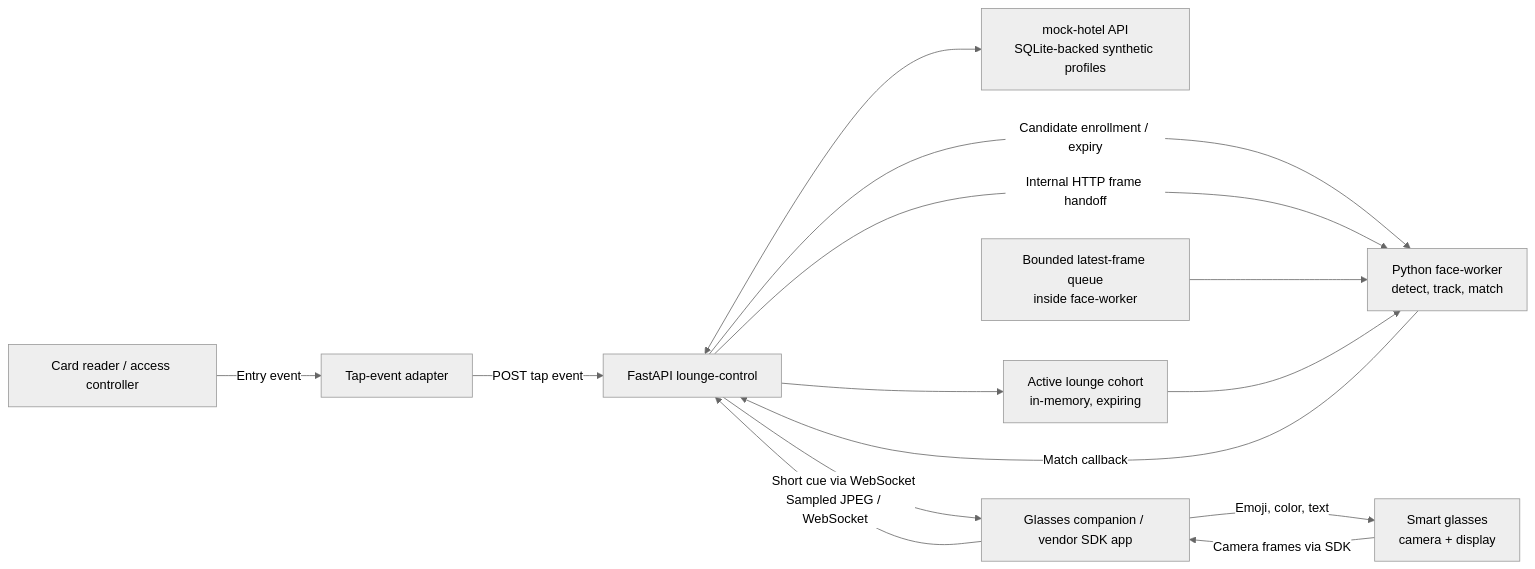
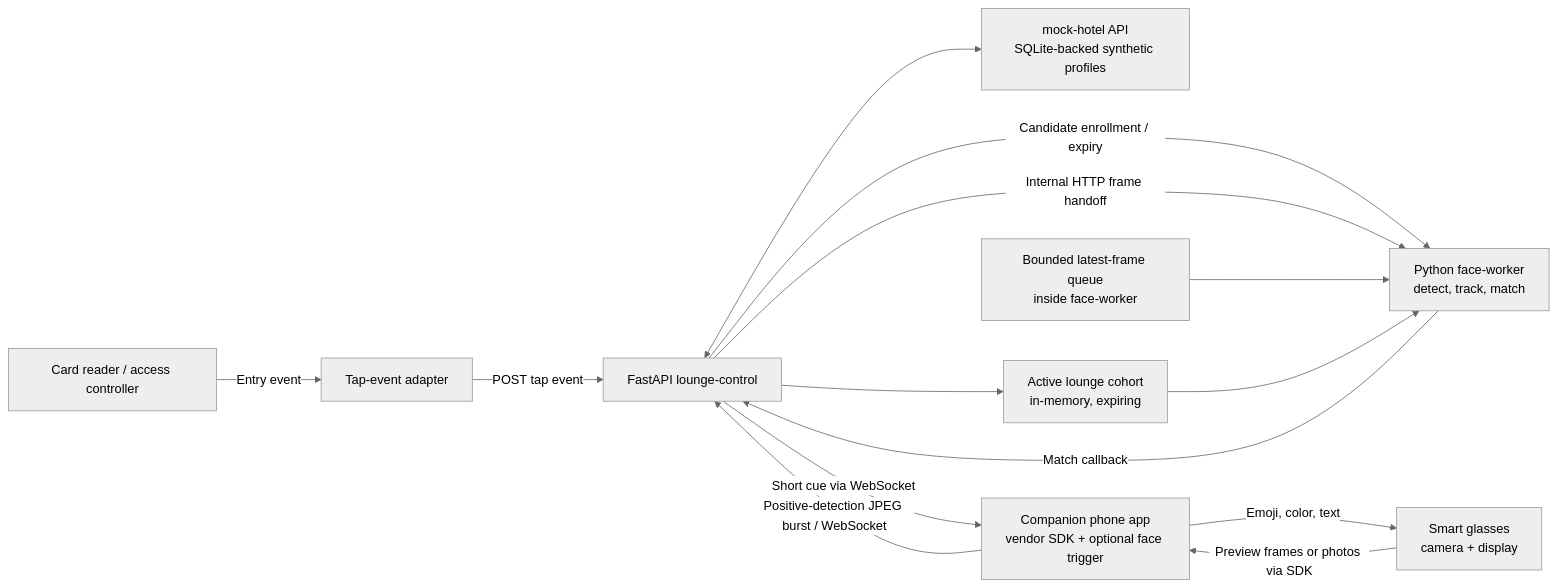
The diagram in docs/architecture/hotel-lounge-smart-glasses-poc.md (wongwh2002/CDE4301-Hotel-Hospitality), drawn with Mermaid (neutral theme) before and after one commit. The commit also changed other lines of this file and 24 other files, not shown here.

````diff
--- a/docs/architecture/hotel-lounge-smart-glasses-poc.md
+++ b/docs/architecture/hotel-lounge-smart-glasses-poc.md
@@ -27,26 +28,26 @@
 ```mermaid
 flowchart LR
     Reader[Card reader / access controller]
     Adapter[Tap-event adapter]
     Control[FastAPI lounge-control]
     GuestData[mock-hotel API<br/>SQLite-backed synthetic profiles]
     Cohort[Active lounge cohort<br/>in-memory, expiring]
     Vision[Python face-worker<br/>detect, track, match]
     Queue[Bounded latest-frame queue<br/>inside face-worker]
-    Bridge[Glasses companion / vendor SDK app]
+    Bridge[Companion phone app<br>vendor SDK + optional face trigger]
     Glasses[Smart glasses<br/>camera + display]
 
     Reader -->|Entry event| Adapter
     Adapter -->|POST tap event| Control
     Control <--> GuestData
     Control --> Cohort
     Control -->|Candidate enrollment / expiry| Vision
-    Glasses -->|Camera frames via SDK| Bridge
-    Bridge -->|Sampled JPEG / WebSocket| Control
+    Glasses -->|Preview frames or photos via SDK| Bridge
+    Bridge -->|Positive-detection JPEG burst / WebSocket| Control
     Control -->|Internal HTTP frame handoff| Vision
     Queue --> Vision
     Cohort --> Vision
     Vision -->|Match callback| Control
     Control -->|Short cue via WebSocket| Bridge
     Bridge -->|Emoji, color, text| Glasses
 ```
````
